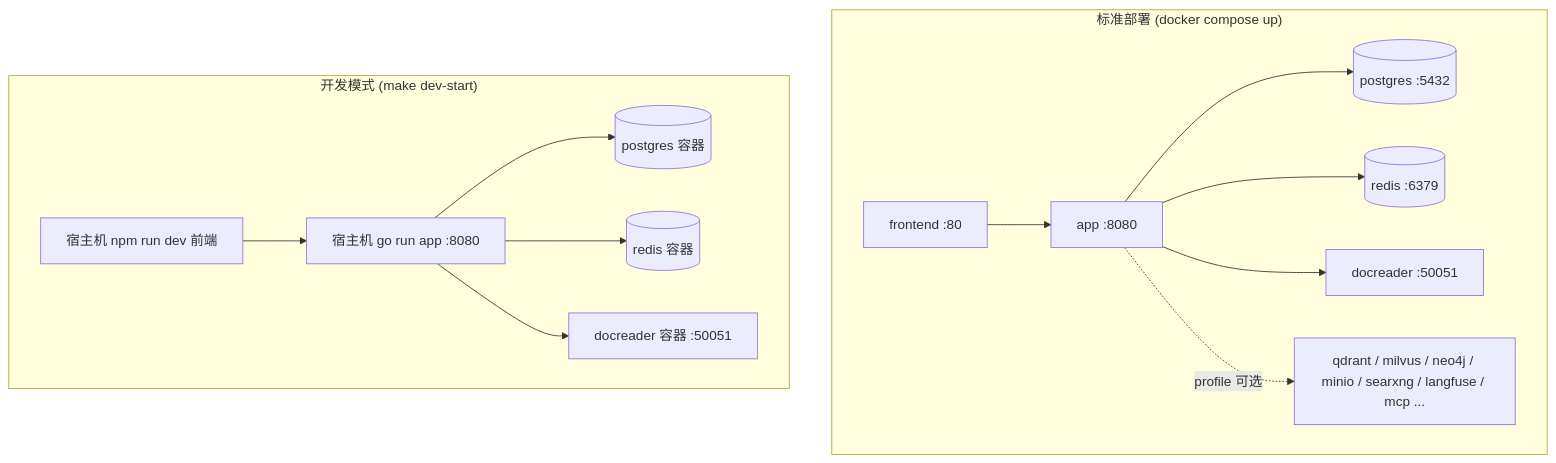
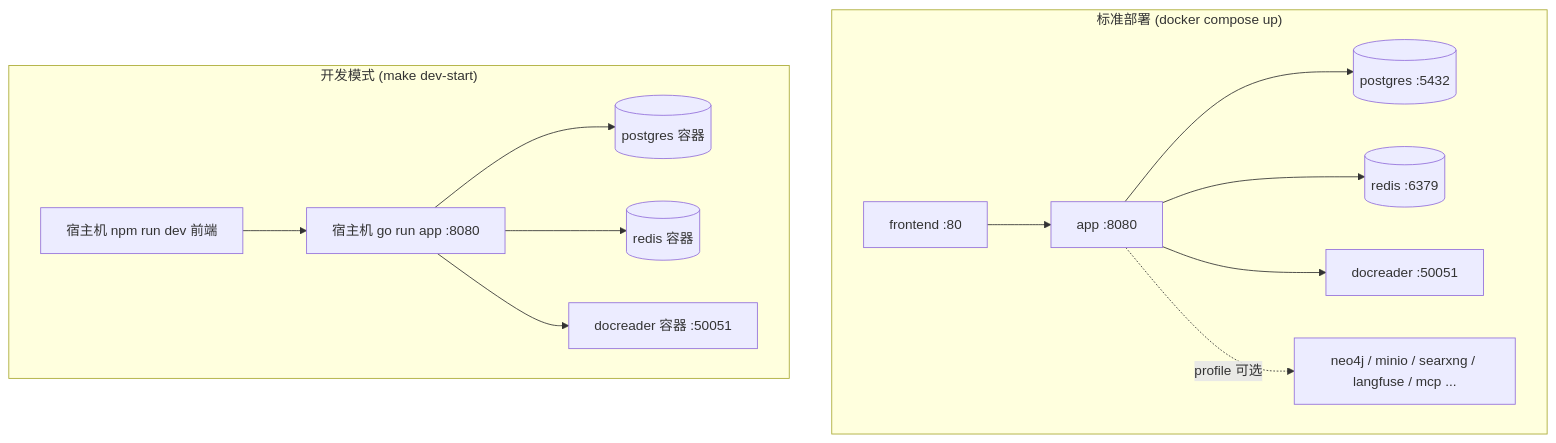
Before and after one commit to magicyuan876/Yuheng: the first of 2 diagrams in website-docs/01-getting-started/02-installation.md, drawn with Mermaid. The commit also changed other lines of this file and 37 other files, not shown here.

````diff
--- a/website-docs/01-getting-started/02-installation.md
+++ b/website-docs/01-getting-started/02-installation.md
@@ -13,16 +13,16 @@
 ```mermaid
 flowchart TB
     subgraph prod["标准部署 (docker compose up)"]
         FE1["frontend :80"] --> APP1["app :8080"]
         APP1 --> PG1[("postgres :5432")]
         APP1 --> RD1[("redis :6379")]
         APP1 --> DR1["docreader :50051"]
-        APP1 -. "profile 可选" .-> OPT1["qdrant / milvus / neo4j / minio / searxng / langfuse / mcp ..."]
+        APP1 -. "profile 可选" .-> OPT1["neo4j / minio / searxng / langfuse / mcp ..."]
     end
     subgraph dev["开发模式 (make dev-start)"]
         LOCALAPP["宿主机 go run app :8080"] --> PG2[("postgres 容器")]
         LOCALAPP --> RD2[("redis 容器")]
         LOCALAPP --> DR2["docreader 容器 :50051"]
         LOCALFE["宿主机 npm run dev 前端"] --> LOCALAPP
     end
 ```
````
